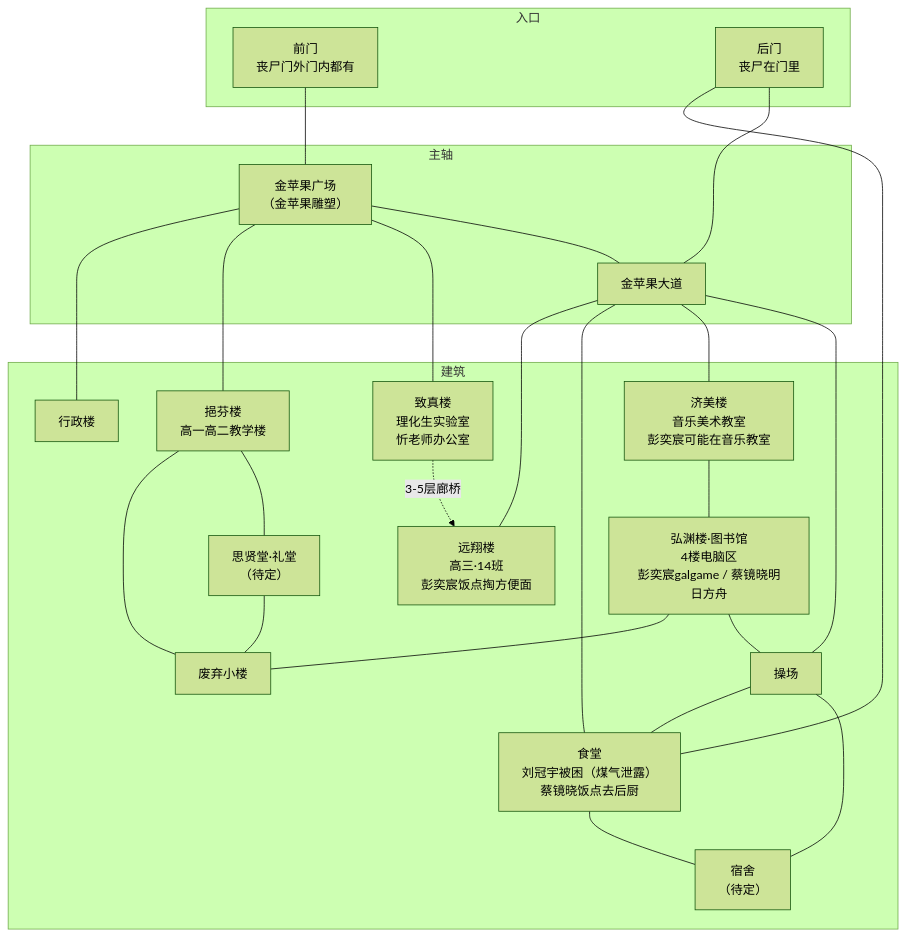
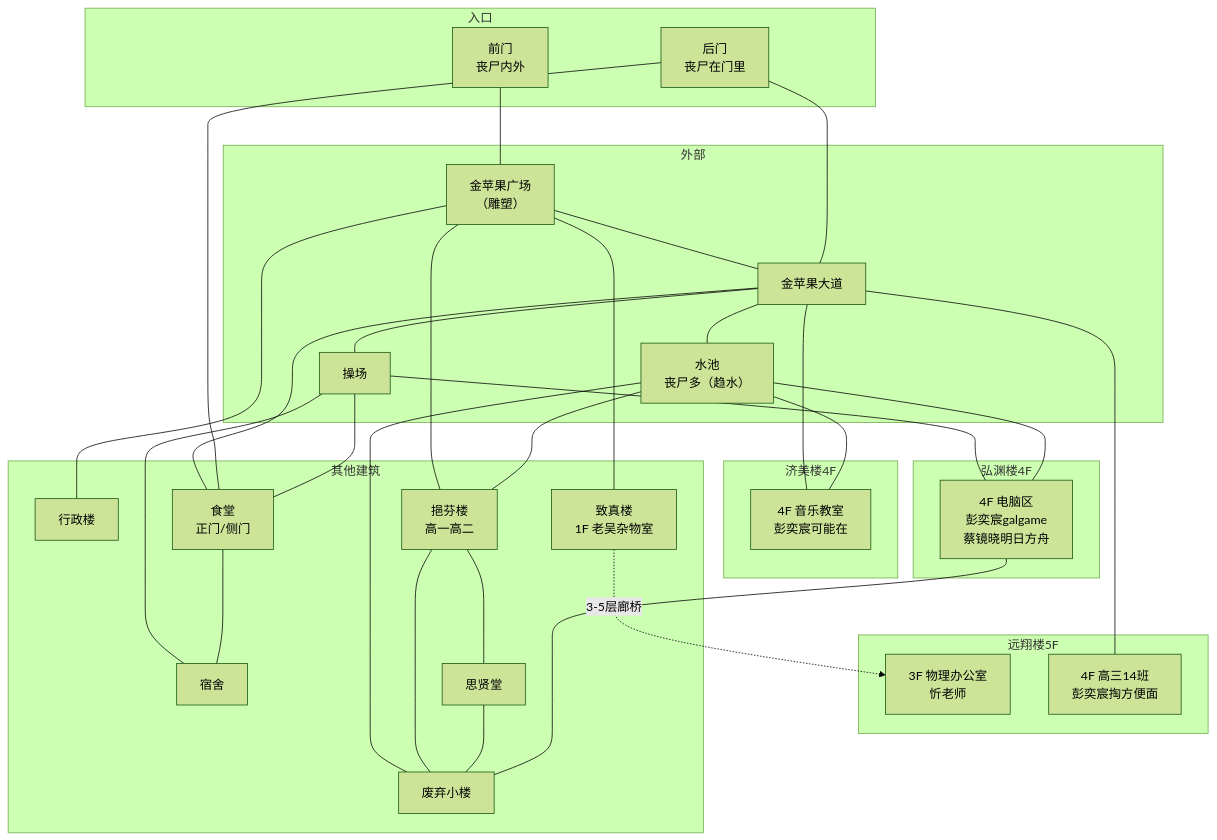
Before and after one commit to bobomymz/Plot-Game: the diagram in 建平中学设计稿.md, drawn with Mermaid (forest theme). The commit also changed other lines of this file and 1 other file, not shown here.

````diff
--- a/建平中学设计稿.md
+++ b/建平中学设计稿.md
@@ -47,48 +54,63 @@
 ```mermaid
 flowchart TD
     subgraph 入口
-        FRONT["前门<br/>丧尸门外门内都有"]
+        FRONT["前门<br/>丧尸内外"]
         BACK["后门<br/>丧尸在门里"]
     end
 
-    subgraph 主轴
-        PLAZA["金苹果广场<br/>（金苹果雕塑）"]
+    subgraph 外部
+        PLAZA["金苹果广场<br/>（雕塑）"]
         AVENUE["金苹果大道"]
+        POND["水池<br/>丧尸多（趋水）"]
+        FIELD["操场"]
     end
 
-    subgraph 建筑
+    subgraph 远翔楼5F
+        YUAN3["3F 物理办公室<br/>忻老师"]
+        YUAN4["4F 高三14班<br/>彭奕宸掏方便面"]
+    end
+
+    subgraph 弘渊楼4F
+        LIB4["4F 电脑区<br/>彭奕宸galgame<br/>蔡镜晓明日方舟"]
+    end
+
+    subgraph 济美楼4F
+        JIMEI4["4F 音乐教室<br/>彭奕宸可能在"]
+    end
+
+    subgraph 其他建筑
         ADMIN["行政楼"]
-        YI["挹芬楼<br/>高一高二教学楼"]
-        ZHI["致真楼<br/>理化生实验室<br/>忻老师办公室"]
-        YUAN["远翔楼<br/>高三·14班<br/>彭奕宸饭点掏方便面"]
-        CANTEEN["食堂<br/>刘冠宇被困（煤气泄露）<br/>蔡镜晓饭点去后厨"]
-        JIMEI["济美楼<br/>音乐美术教室<br/>彭奕宸可能在音乐教室"]
-        LIB["弘渊楼·图书馆<br/>4楼电脑区<br/>彭奕宸galgame / 蔡镜晓明日方舟"]
+        YI["挹芬楼<br/>高一高二"]
+        ZHI["致真楼<br/>1F 老吴杂物室"]
+        CANTEEN["食堂<br/>正门/侧门"]
+        DORM["宿舍"]
+        HALL["思贤堂"]
         ABANDON["废弃小楼"]
-        FIELD["操场"]
-        DORM["宿舍<br/>（待定）"]
-        HALL["思贤堂·礼堂<br/>（待定）"]
     end
 
     FRONT --- PLAZA
     PLAZA --- ADMIN
     PLAZA --- YI
     PLAZA --- ZHI
     PLAZA --- AVENUE
-    AVENUE --- YUAN
+    AVENUE --- YUAN4
     AVENUE --- CANTEEN
-    AVENUE --- JIMEI
+    AVENUE --- JIMEI4
     AVENUE --- FIELD
-    YI --- ABANDON
-    JIMEI --- LIB
-    LIB --- ABANDON
-    ZHI -.3-5层廊桥.-> YUAN
+    AVENUE --- POND
     BACK --- CANTEEN
     BACK --- AVENUE
     FIELD --- CANTEEN
-    LIB --- FIELD
+    FIELD --- LIB4
+    FIELD --- DORM
     CANTEEN --- DORM
-    FIELD --- DORM
+    POND --- ABANDON
+    POND --- YI
+    POND --- LIB4
+    POND --- JIMEI4
+    YI --- ABANDON
     YI --- HALL
     HALL --- ABANDON
+    LIB4 --- ABANDON
+    ZHI -.3-5层廊桥.-> YUAN3
 ```
````
